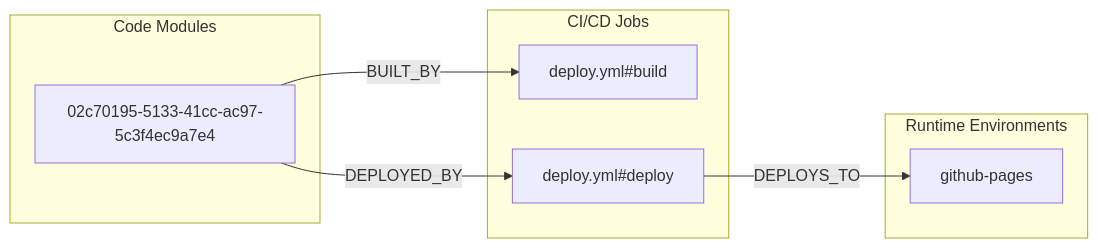
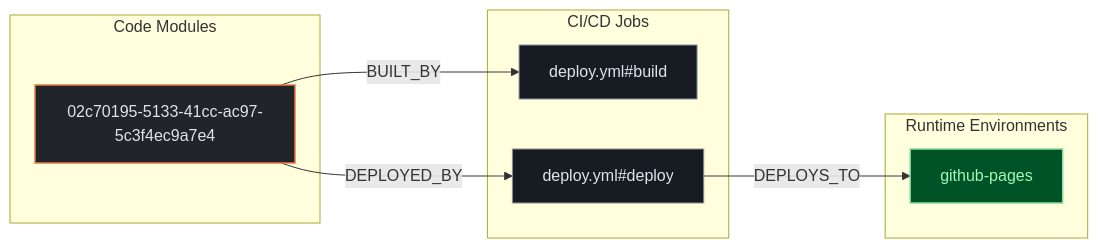
The second of 3 diagrams in exports/latest/reports/bitwarden-passkeys-index-report.md (kumarshaz/atruss-code-atlas), drawn with Mermaid before and after one commit. The commit also changed other lines of this file and 331 other files, not shown here.

Commit message:
docs,ui,fix: update SDLC docs, reorder CI/CD DAG first, stylize Mermaid, and fix Arc42 pipeline topology

````diff
--- a/exports/latest/reports/bitwarden-passkeys-index-report.md
+++ b/exports/latest/reports/bitwarden-passkeys-index-report.md
@@ -89,16 +96,20 @@
 ```mermaid
 flowchart LR
+    classDef atlasCategory fill:#212428,stroke:#E87A48,stroke-width:1.5px,color:#dfe3eb
+    classDef atlasWorkflow fill:#1b2026,stroke:#a3c9ff,stroke-width:1.5px,color:#dfe3eb
+    classDef atlasJob fill:#171c22,stroke:#8d9199,stroke-width:1px,color:#dfe3eb
+    classDef atlasTarget fill:#005227,stroke:#8bd99b,stroke-width:1.5px,color:#a7f6b6
     subgraph code_modules["Code Modules"]
-        mod_02c70195_5133_41cc_ac97_5c3f4ec9a7e4["02c70195-5133-41cc-ac97-5c3f4ec9a7e4"]
+        mod_02c70195_5133_41cc_ac97_5c3f4ec9a7e4["02c70195-5133-41cc-ac97-5c3f4ec9a7e4"]:::atlasCategory
     end
     subgraph ci_jobs["CI/CD Jobs"]
-        job_deploy_yml_build["deploy.yml#build"]
-        job_deploy_yml_deploy["deploy.yml#deploy"]
+        job_deploy_yml_build["deploy.yml#build"]:::atlasJob
+        job_deploy_yml_deploy["deploy.yml#deploy"]:::atlasJob
     end
     subgraph runtime_envs["Runtime Environments"]
-        env_github_pages["github-pages"]
+        env_github_pages["github-pages"]:::atlasTarget
     end
     job_deploy_yml_deploy -->|DEPLOYS_TO| env_github_pages
     mod_02c70195_5133_41cc_ac97_5c3f4ec9a7e4 -->|BUILT_BY| job_deploy_yml_build
     mod_02c70195_5133_41cc_ac97_5c3f4ec9a7e4 -->|DEPLOYED_BY| job_deploy_yml_deploy
 ```
````
